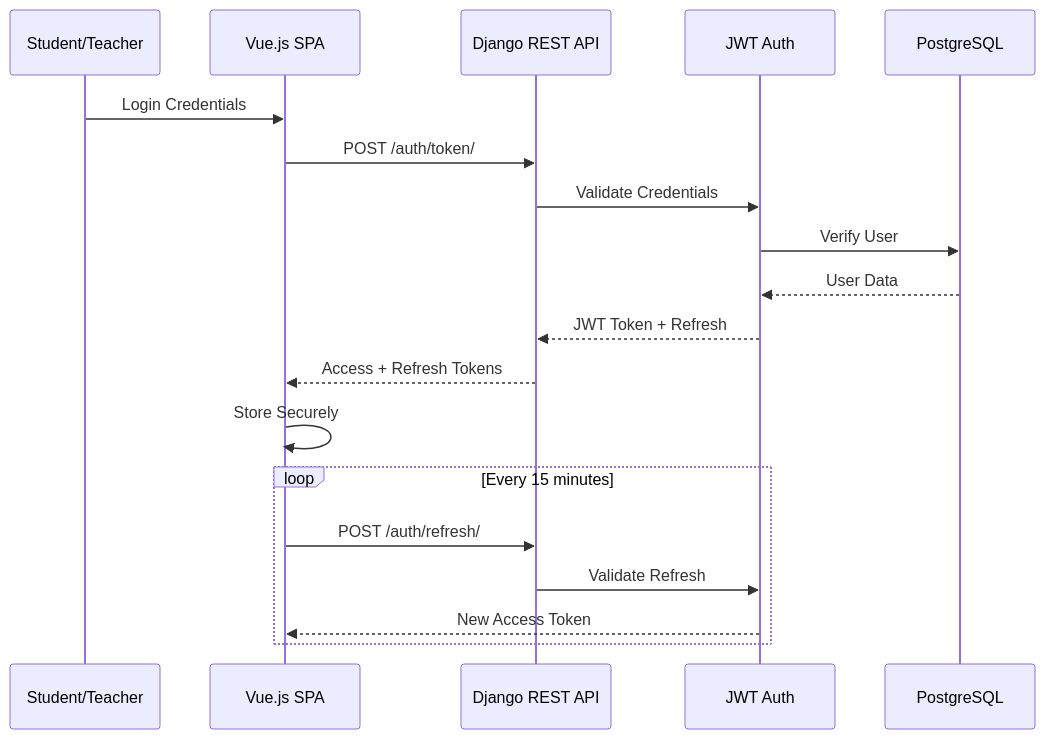
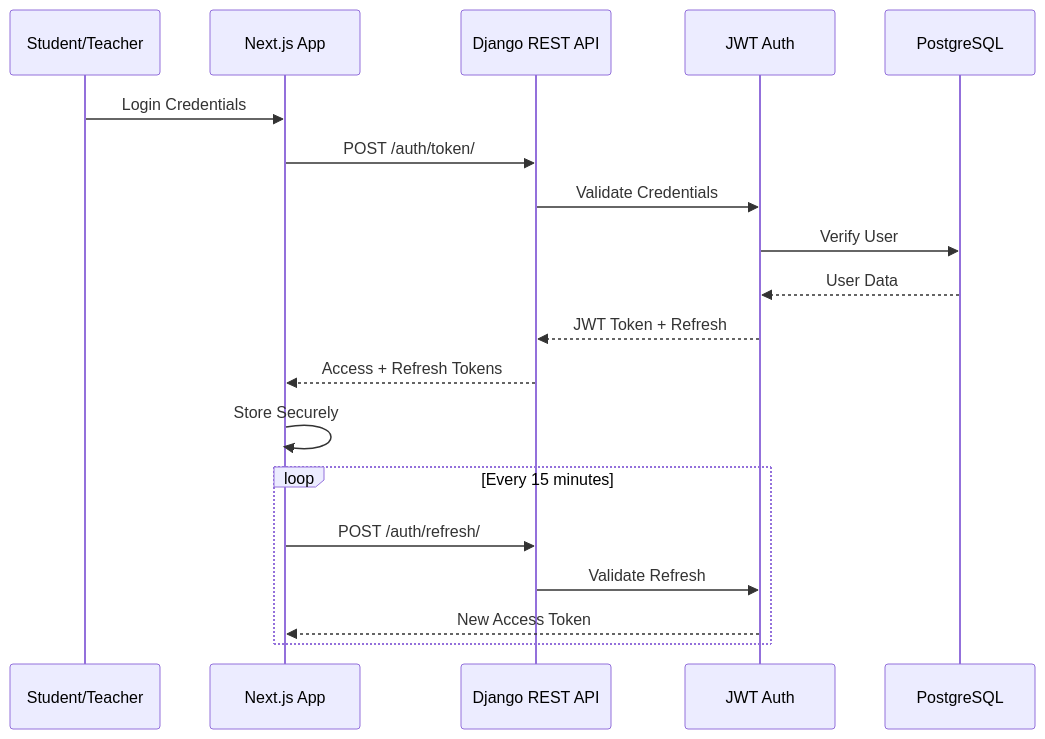
One commit to 2333xxxx/EssayCoach changed the sixth of 11 diagrams in docs/architecture/system-architecture.md. Above: the diagram before and after it, drawn with Mermaid. The commit also changed other lines of this file and 15 other files, not shown here.

Commit message:
docs: update frontend stack to next.js

````diff
--- a/docs/architecture/system-architecture.md
+++ b/docs/architecture/system-architecture.md
@@ -152,23 +152,23 @@
 ```mermaid
 sequenceDiagram
     participant User as Student/Teacher
-    participant Frontend as Vue.js SPA
+    participant Frontend as Next.js App
     participant API as Django REST API
     participant Auth as JWT Auth
     participant DB as PostgreSQL
     
     User->>Frontend: Login Credentials
     Frontend->>API: POST /auth/token/
     API->>Auth: Validate Credentials
     Auth->>DB: Verify User
     DB-->>Auth: User Data
     Auth-->>API: JWT Token + Refresh
     API-->>Frontend: Access + Refresh Tokens
     Frontend->>Frontend: Store Securely
     
     loop Every 15 minutes
         Frontend->>API: POST /auth/refresh/
         API->>Auth: Validate Refresh
         Auth-->>Frontend: New Access Token
     end
 ```
````
